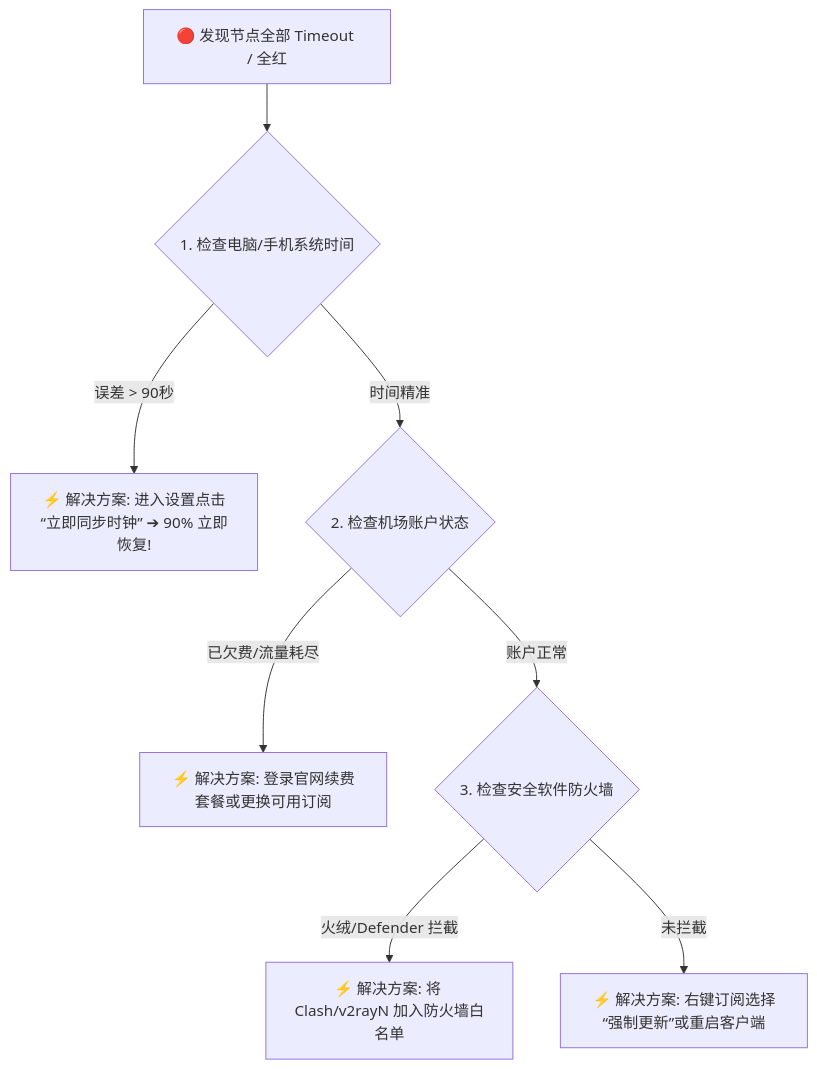
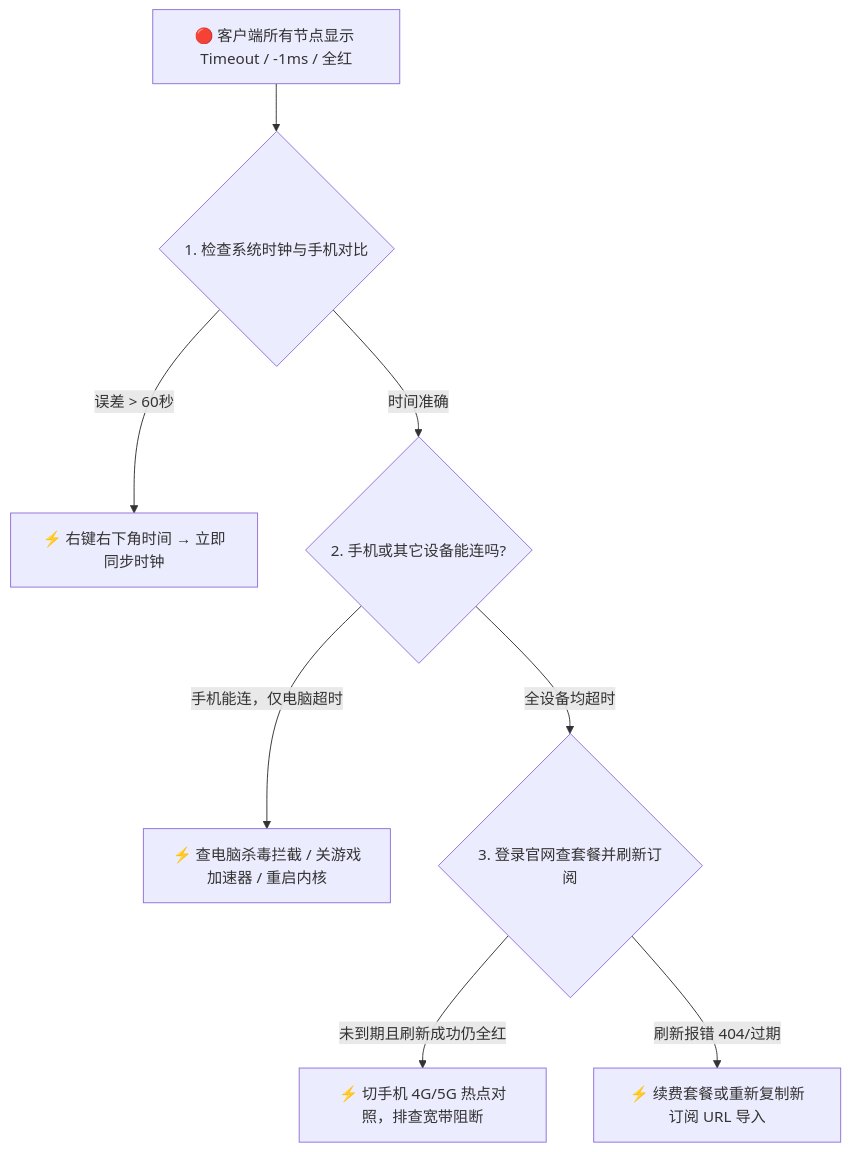
One commit to qweqwe98698-tech/jichangwiki.co changed the diagram in docs/troubleshooting/all-nodes-timeout.md. Above: the diagram before and after it, drawn with Mermaid. The commit also changed other lines of this file and 183 other files, not shown here.

Commit message:
feat: 42家机场品牌全景升级、测速原图集成与高级SEO/GEO全站优化 (v5.1.0)

````diff
--- a/docs/troubleshooting/all-nodes-timeout.md
+++ b/docs/troubleshooting/all-nodes-timeout.md
@@ -25,13 +48,13 @@
 ```mermaid
 graph TD
-  Start[🔴 发现节点全部 Timeout / 全红] --> Step1{1. 检查电脑/手机系统时间}
-  
-  Step1 -->|误差 > 90秒| FixTime[⚡ 解决方案: 进入设置点击“立即同步时钟” ➔ 90% 立即恢复!]
-  Step1 -->|时间精准| Step2{2. 检查机场账户状态}
-  
-  Step2 -->|已欠费/流量耗尽| FixSub[⚡ 解决方案: 登录官网续费套餐或更换可用订阅]
-  Step2 -->|账户正常| Step3{3. 检查安全软件防火墙}
-  
-  Step3 -->|火绒/Defender 拦截| FixFW[⚡ 解决方案: 将 Clash/v2rayN 加入防火墙白名单]
-  Step3 -->|未拦截| Step4[⚡ 解决方案: 右键订阅选择“强制更新”或重启客户端]
+  Start[🔴 客户端所有节点显示 Timeout / -1ms / 全红] --> Step1{1. 检查系统时钟与手机对比}
+
+  Step1 -->|误差 > 60秒| FixTime[⚡ 右键右下角时间 → 立即同步时钟]
+  Step1 -->|时间准确| Step2{2. 手机或其它设备能连吗?}
+
+  Step2 -->|手机能连，仅电脑超时| FixPC[⚡ 查电脑杀毒拦截 / 关游戏加速器 / 重启内核]
+  Step2 -->|全设备均超时| Step3{3. 登录官网查套餐并刷新订阅}
+
+  Step3 -->|未到期且刷新成功仍全红| FixNet[⚡ 切手机 4G/5G 热点对照，排查宽带阻断]
+  Step3 -->|刷新报错 404/过期| FixSub[⚡ 续费套餐或重新复制新订阅 URL 导入]
 ```
````
